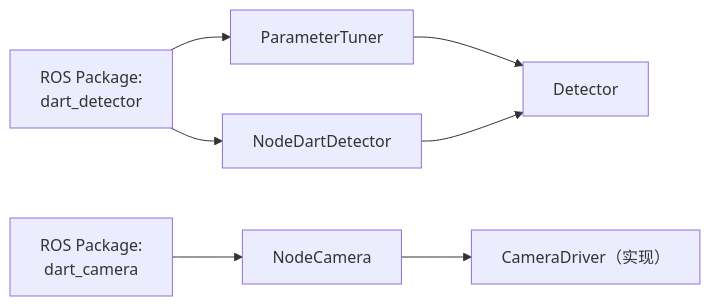
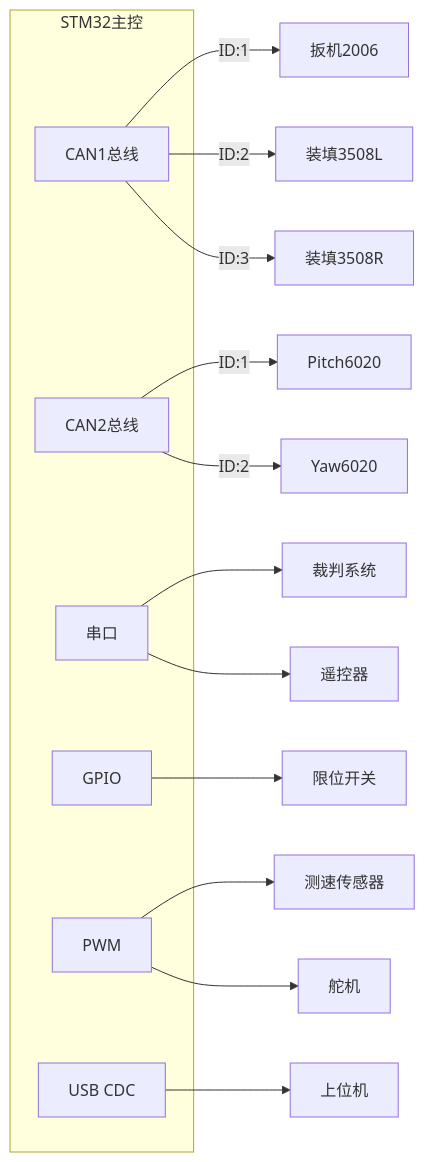
The third of 3 diagrams in README.md (ChenYuWuAi/dart-ros2-workspace), drawn with Mermaid before and after one commit. The commit also changed other lines of this file and 1 other file, not shown here.

Commit message:
Add comprehensive architecture documentation

````diff
--- a/README.md
+++ b/README.md
@@ -64,10 +228,23 @@
 ```mermaid
 graph LR
-    A[ROS Package:
-    dart_detector]
-    A --> G[ParameterTuner] --> F[Parameter]
-    B[ROS Package:
-    dart_camera]
-    A --> E[NodeDartDetector] --> F[Detector]
-    B --> C[NodeCamera] --> D[CameraDriver（实现）]
+    subgraph MCU[STM32主控]
+        CAN1[CAN1总线]
+        CAN2[CAN2总线]
+        UART[串口]
+        GPIO[GPIO]
+        PWM[PWM]
+        USB[USB CDC]
+    end
+    
+    CAN1 -->|ID:1| 扳机2006
+    CAN1 -->|ID:2| 装填3508L
+    CAN1 -->|ID:3| 装填3508R
+    CAN2 -->|ID:1| Pitch6020
+    CAN2 -->|ID:2| Yaw6020
+    PWM --> 测速传感器
+    PWM --> 舵机
+    GPIO --> 限位开关
+    UART --> 裁判系统
+    UART --> 遥控器
+    USB --> 上位机
 ```
````
